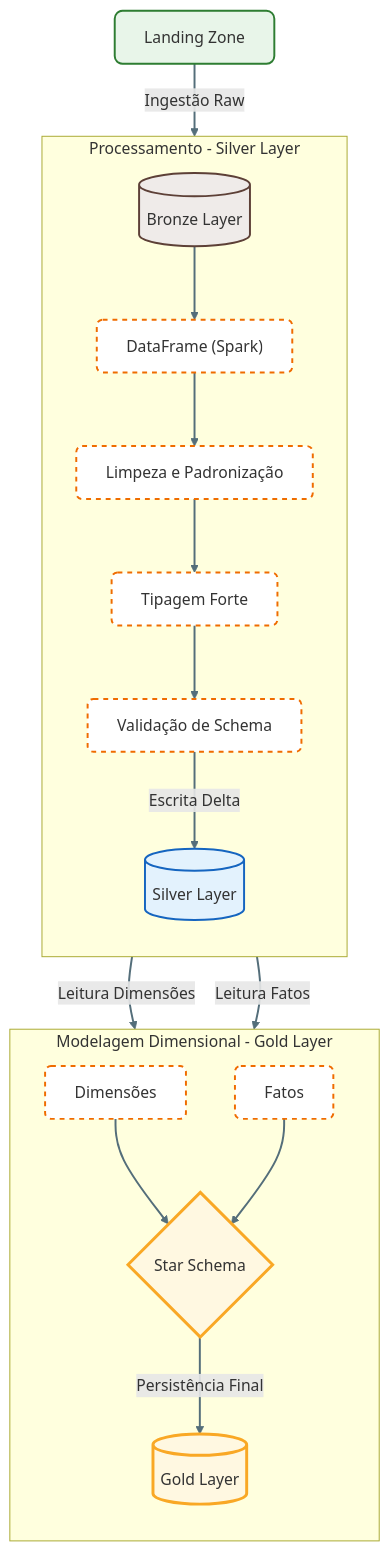
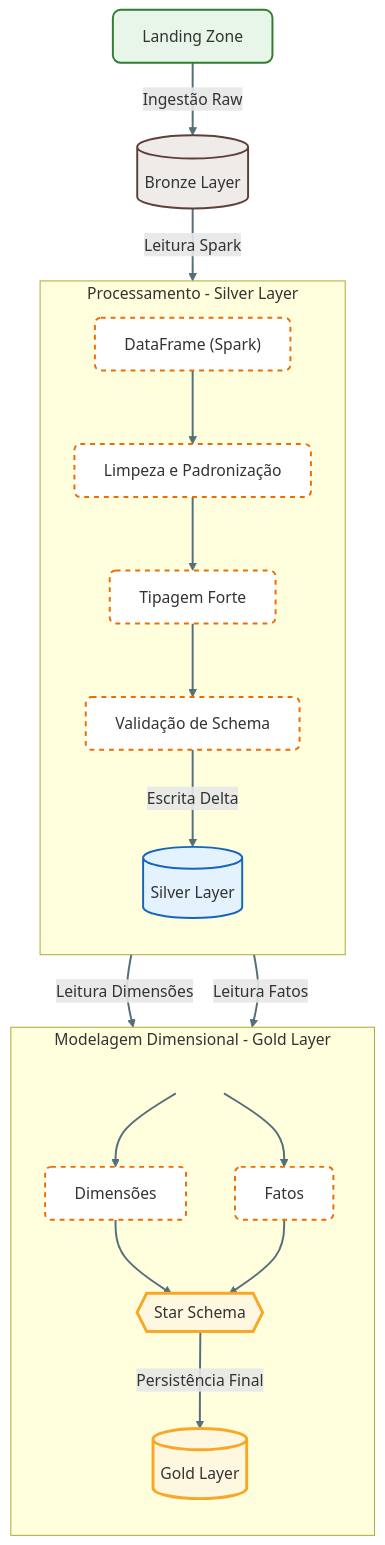
The second of 2 diagrams in docs/manual/04_arquitetura_detalhada.md (devdiasbr/databricks-challenge), drawn with Mermaid before and after one commit.

Commit message:
docs: atualizacao manual diagrama arquitetura

````diff
--- a/docs/manual/04_arquitetura_detalhada.md
+++ b/docs/manual/04_arquitetura_detalhada.md
@@ -116,47 +116,53 @@
 ```mermaid
 flowchart TD
     %% =========================
     %% DEFINIÇÃO DE ESTILOS
     %% =========================
     classDef landing fill:#e8f5e9,stroke:#2e7d32,stroke-width:2px,rx:8,ry:8;
     classDef bronze fill:#efebe9,stroke:#5d4037,stroke-width:2px,rx:6,ry:6;
     classDef silver fill:#e3f2fd,stroke:#1565c0,stroke-width:2px,rx:6,ry:6;
     classDef gold fill:#fff8e1,stroke:#f9a825,stroke-width:3px,rx:10,ry:10;
     classDef process fill:#ffffff,stroke:#ef6c00,stroke-width:2px,stroke-dasharray: 5 5,rx:6,ry:6;
+    classDef spacer fill:transparent,stroke:transparent;
 
-    %% =========================
-    %% LANDING / BRONZE
-    %% =========================
-    LZ[Landing Zone]:::landing -->|Ingestão Raw| BR[(Bronze Layer)]:::bronze
+    %% LANDING
+    LZ[Landing Zone]:::landing
+    BR[(Bronze Layer)]:::bronze
+    LZ -->|Ingestão Raw| BR
 
-    %% =========================
     %% SILVER
-    %% =========================
-    subgraph SILVER [Processamento - Silver Layer]
+    subgraph SILVER["Processamento - Silver Layer"]
+        direction TB
+        DF["DataFrame (Spark)"]:::process
+        CLEAN[Limpeza e Padronização]:::process
+        TYPE[Tipagem Forte]:::process
+        VALID[Validação de Schema]:::process
+        SL[(Silver Layer)]:::silver
 
-        direction TB
-        BR --> DF["DataFrame (Spark)"]:::process
-        DF --> CLEAN[Limpeza e Padronização]:::process
-        CLEAN --> TYPE[Tipagem Forte]:::process
-        TYPE --> VALID[Validação de Schema]:::process
-        VALID -->|Escrita Delta| SL[(Silver Layer)]:::silver
+        DF --> CLEAN --> TYPE --> VALID -->|Escrita Delta| SL
     end
 
-    %% =========================
+    BR -->|Leitura Spark| DF
+
     %% GOLD
-    %% =========================
-    subgraph GOLD [Modelagem Dimensional - Gold Layer]
-    
+    subgraph GOLD["Modelagem Dimensional - Gold Layer"]
         direction TB
-        SL -->|Leitura Dimensões| DIMS[Dimensões]:::process
-        SL -->|Leitura Fatos| FACT[Fatos]:::process
-        DIMS --> STAR{Star Schema}:::gold
+
+        SPACE[ ]:::spacer
+        DIMS[Dimensões]:::process
+        FACT[Fatos]:::process
+        STAR{{Star Schema}}:::gold
+        GL[(Gold Layer)]:::gold
+
+        SPACE --> DIMS
+        SPACE --> FACT
+        DIMS --> STAR
         FACT --> STAR
-        STAR -->|Persistência Final| GL[(Gold Layer)]:::gold
+        STAR -->|Persistência Final| GL
     end
 
-    %% =========================
-    %% ESTILO DAS CONEXÕES
-    %% =========================
+    SL -->|Leitura Dimensões| DIMS
+    SL -->|Leitura Fatos| FACT
+
     linkStyle default stroke:#546e7a,stroke-width:2px;
 ```
````
